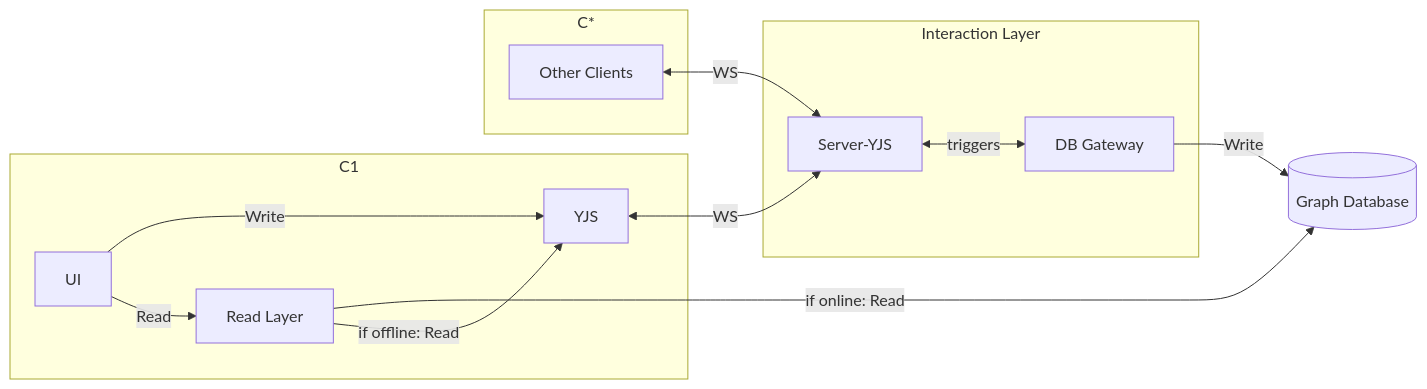
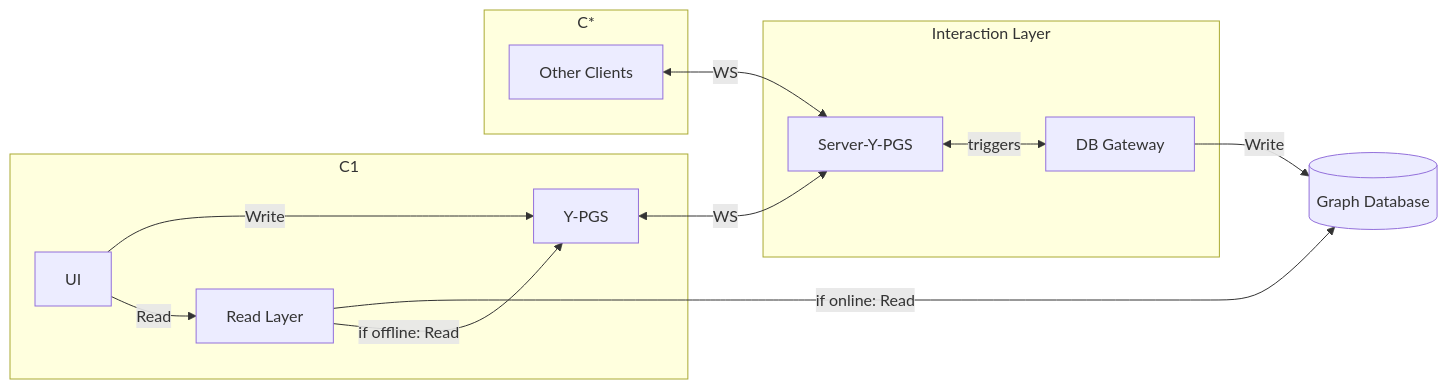
One commit to MichaLandgram/Property_Graph_CRDT changed the fifth of 8 diagrams in MasterReactApp_ts/Thoughts/Architecture/Architecture_Decisions.md. Above: the diagram before and after it, drawn with Mermaid. The commit also changed other lines of this file and 1 other file, not shown here.

````diff
--- a/MasterReactApp_ts/Thoughts/Architecture/Architecture_Decisions.md
+++ b/MasterReactApp_ts/Thoughts/Architecture/Architecture_Decisions.md
@@ -84,20 +92,20 @@
 ```mermaid
 graph LR
     subgraph C1
-        UI1[UI] -->|Write| YJS1[YJS]
+        UI1[UI] -->|Write| YJS1[Y-PGS]
         UI1 -->|Read| RL1[Read Layer]
     end
 
     subgraph C*
         OC[Other Clients]
     end
     subgraph Interaction Layer
         GB[DB Gateway]
-        YJS3[Server-YJS] <-->|triggers| GB
+        YJS3[Server-Y-PGS] <-->|triggers| GB
     end
     OC[Other Clients] <-->|WS| YJS3
     YJS1 <-->|WS| YJS3
     RL1 -->|if online: Read| DB[(Graph Database)]
     RL1 -->|if offline: Read| YJS1
     GB -->|Write| DB[(Graph Database)]
 ```
````
